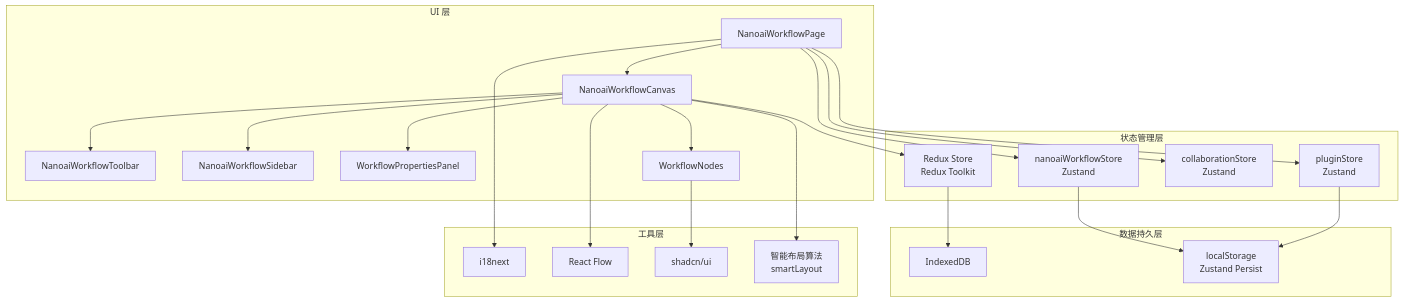
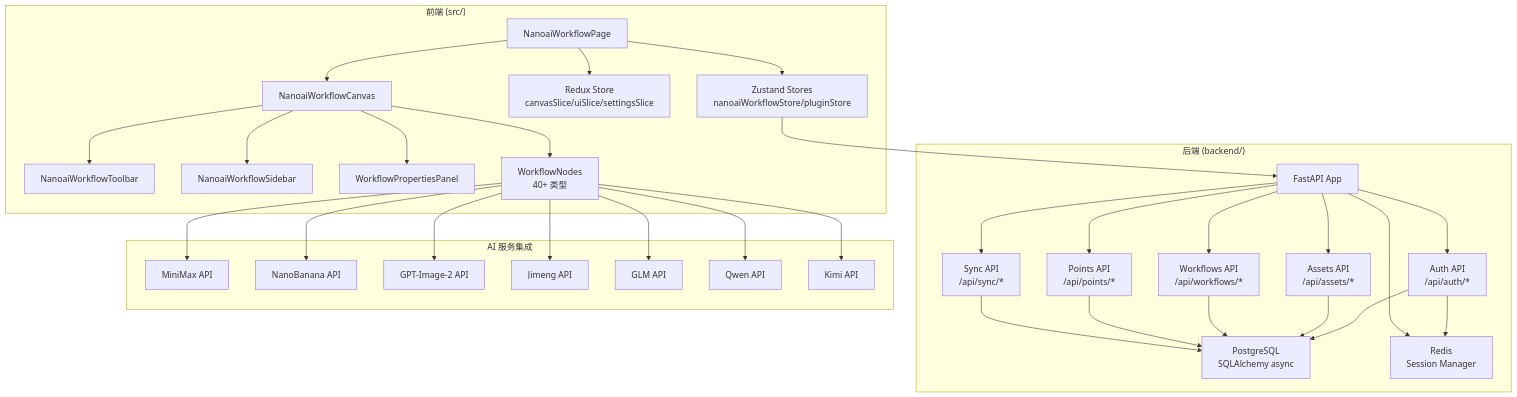
One commit to changzhi777/NanoAiCanvas_workflow changed the first of 2 diagrams in CLAUDE.md. Above: the diagram before and after it, drawn with Mermaid. The commit also changed other lines of this file and 262 other files, not shown here.

````diff
--- a/CLAUDE.md
+++ b/CLAUDE.md
@@ -106,50 +79,67 @@
 ```mermaid
 graph TB
-    subgraph "UI 层"
+    subgraph "前端 (src/)"
         A[NanoaiWorkflowPage]
         B[NanoaiWorkflowCanvas]
         C[NanoaiWorkflowToolbar]
         D[NanoaiWorkflowSidebar]
         E[WorkflowPropertiesPanel]
-        F[WorkflowNodes]
+        F[WorkflowNodes<br/>40+ 类型]
+        G[Redux Store<br/>canvasSlice/uiSlice/settingsSlice]
+        H[Zustand Stores<br/>nanoaiWorkflowStore/pluginStore]
     end
 
-    subgraph "状态管理层"
-        G[nanoaiWorkflowStore<br/>Zustand]
-        H[pluginStore<br/>Zustand]
-        I[collaborationStore<br/>Zustand]
-        J[Redux Store<br/>Redux Toolkit]
+    subgraph "后端 (backend/)"
+        I[FastAPI App]
+        J[Auth API<br/>/api/auth/*]
+        K[Assets API<br/>/api/assets/*]
+        L[Workflows API<br/>/api/workflows/*]
+        M[Points API<br/>/api/points/*]
+        N[Sync API<br/>/api/sync/*]
+        O[PostgreSQL<br/>SQLAlchemy async]
+        P[Redis<br/>Session Manager]
     end
 
-    subgraph "数据持久层"
-        K[IndexedDB]
-        L[localStorage<br/>Zustand Persist]
-    end
-
-    subgraph "工具层"
-        M[i18next]
-        N[React Flow]
-        O[shadcn/ui]
-        P[智能布局算法<br/>smartLayout]
+    subgraph "AI 服务集成"
+        Q[MiniMax API]
+        R[NanoBanana API]
+        S[GPT-Image-2 API]
+        T[Jimeng API]
+        U[GLM API]
+        V[Qwen API]
+        W[Kimi API]
     end
 
     A --> B
     B --> C
     B --> D
     B --> E
     B --> F
-    F --> O
 
     A --> G
     A --> H
-    A --> I
-    B --> J
 
-    G --> L
-    H --> L
-    J --> K
+    H --> I
+    I --> J
+    I --> K
+    I --> L
+    I --> M
+    I --> N
 
-    A --> M
-    B --> N
-    B --> P
+    J --> O
+    K --> O
+    L --> O
+    M --> O
+    N --> O
+
+    J --> P
+    I --> P
+
+    F --> Q
+    F --> R
+    F --> S
+    F --> T
+    F --> U
+    F --> V
+    F --> W
 ```
````
